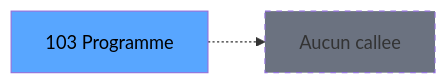
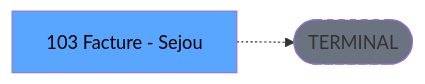
One commit to thonyAGP/lecteur-magic changed the third of 3 diagrams in .openspec/specs/ADH-IDE-103.md. Above: the diagram before and after it, drawn with Mermaid. The commit also changed other lines of this file and 701 other files, not shown here.

````diff
--- a/.openspec/specs/ADH-IDE-103.md
+++ b/.openspec/specs/ADH-IDE-103.md
@@ -137,8 +140,8 @@
 ```mermaid
 graph LR
-    T[103 Programme]
-    NONE[Aucun callee]
-    T -.-> NONE
+    T[103 Facture - Sejou]
+    TERM([TERMINAL])
+    T -.-> TERM
+    style TERM fill:#6b7280,stroke-dasharray: 5 5
     style T fill:#58a6ff,color:#000
-    style NONE fill:#6b7280,stroke-dasharray: 5 5
 ```
````
